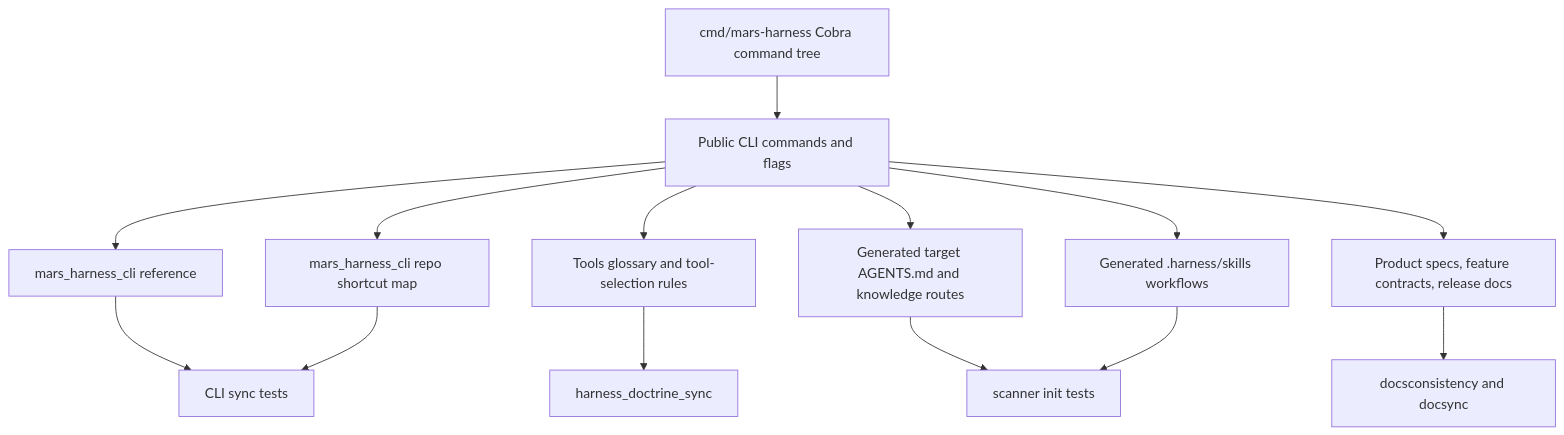
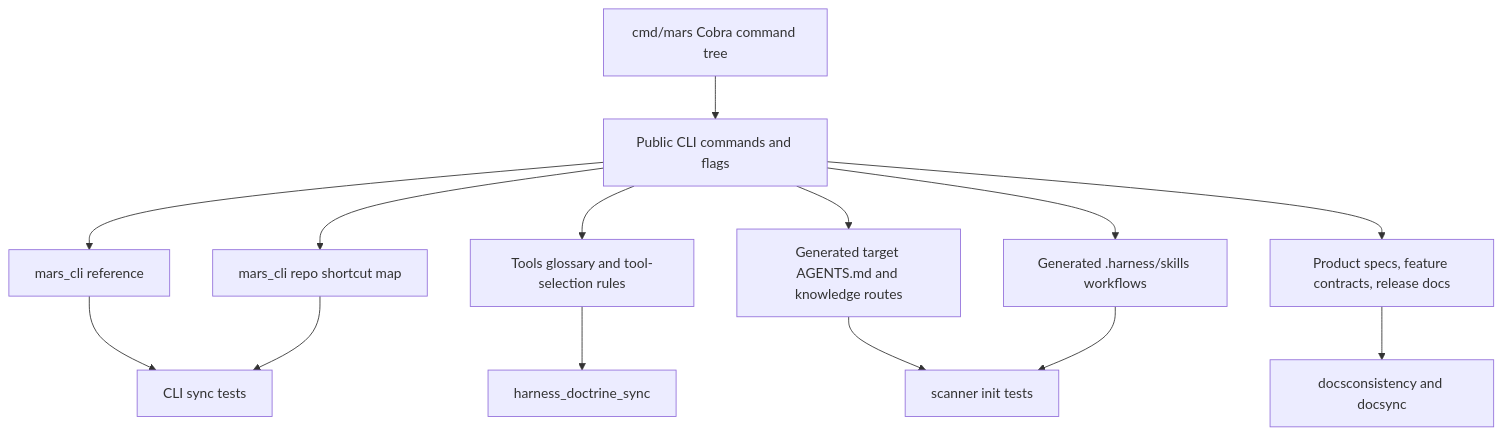
The diagram in docs/design-docs/cli-tool-skill-sync.md (greaveselliott/MARS), drawn with Mermaid before and after one commit. The commit also changed other lines of this file and 394 other files, not shown here.

````diff
--- a/docs/design-docs/cli-tool-skill-sync.md
+++ b/docs/design-docs/cli-tool-skill-sync.md
@@ -50,16 +50,16 @@
 ```mermaid
 flowchart TD
-    A["cmd/mars-harness Cobra command tree"] --> B["Public CLI commands and flags"]
-    B --> C["mars_harness_cli reference"]
-    B --> D["mars_harness_cli repo shortcut map"]
+    A["cmd/mars Cobra command tree"] --> B["Public CLI commands and flags"]
+    B --> C["mars_cli reference"]
+    B --> D["mars_cli repo shortcut map"]
     B --> E["Tools glossary and tool-selection rules"]
     B --> F["Generated target AGENTS.md and knowledge routes"]
     B --> G["Generated .harness/skills workflows"]
     B --> H["Product specs, feature contracts, release docs"]
     C --> I["CLI sync tests"]
     D --> I
     E --> J["harness_doctrine_sync"]
     F --> K["scanner init tests"]
     G --> K
     H --> L["docsconsistency and docsync"]
 ```
````
